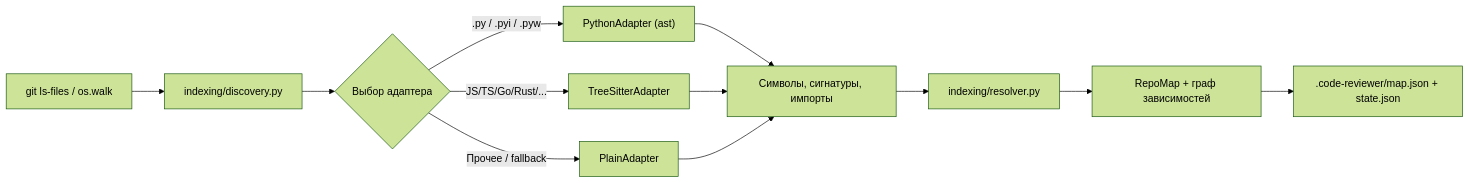
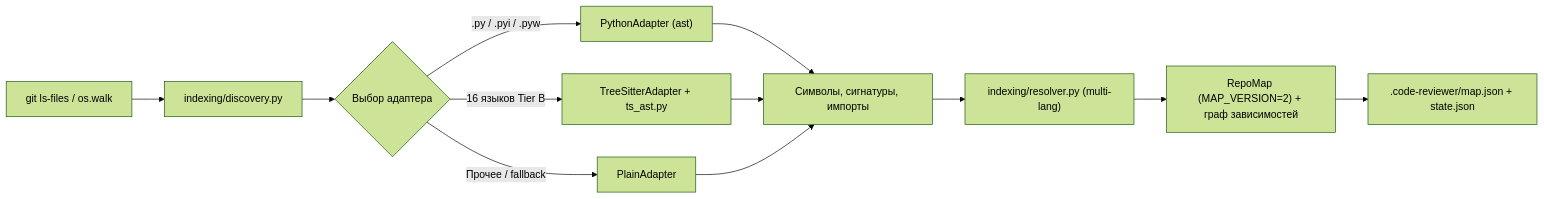
One commit to maks-gargamel/code-reviewer changed the first of 2 diagrams in ARCHITECTURE.md. Above: the diagram before and after it, drawn with Mermaid (forest theme). The commit also changed other lines of this file and 3 other files, not shown here.

Commit message:
docs: add SPEC.md and STATUS.md, update GEMINI.md and ARCHITECTURE.md for handoff

````diff
--- a/ARCHITECTURE.md
+++ b/ARCHITECTURE.md
@@ -26,12 +26,12 @@
 ```mermaid
 flowchart LR
     A["git ls-files / os.walk"] --> B["indexing/discovery.py"]
     B --> C{"Выбор адаптера"}
     C -->|".py / .pyi / .pyw"| D["PythonAdapter (ast)"]
-    C -->|"JS/TS/Go/Rust/..."| E["TreeSitterAdapter"]
+    C -->|"16 языков Tier B"| E["TreeSitterAdapter + ts_ast.py"]
     C -->|"Прочее / fallback"| F["PlainAdapter"]
     D & E & F --> G["Символы, сигнатуры, импорты"]
-    G --> H["indexing/resolver.py"]
-    H --> I["RepoMap + граф зависимостей"]
+    G --> H["indexing/resolver.py (multi-lang)"]
+    H --> I["RepoMap (MAP_VERSION=2) + граф зависимостей"]
     I --> J[".code-reviewer/map.json + state.json"]
 ```
````
